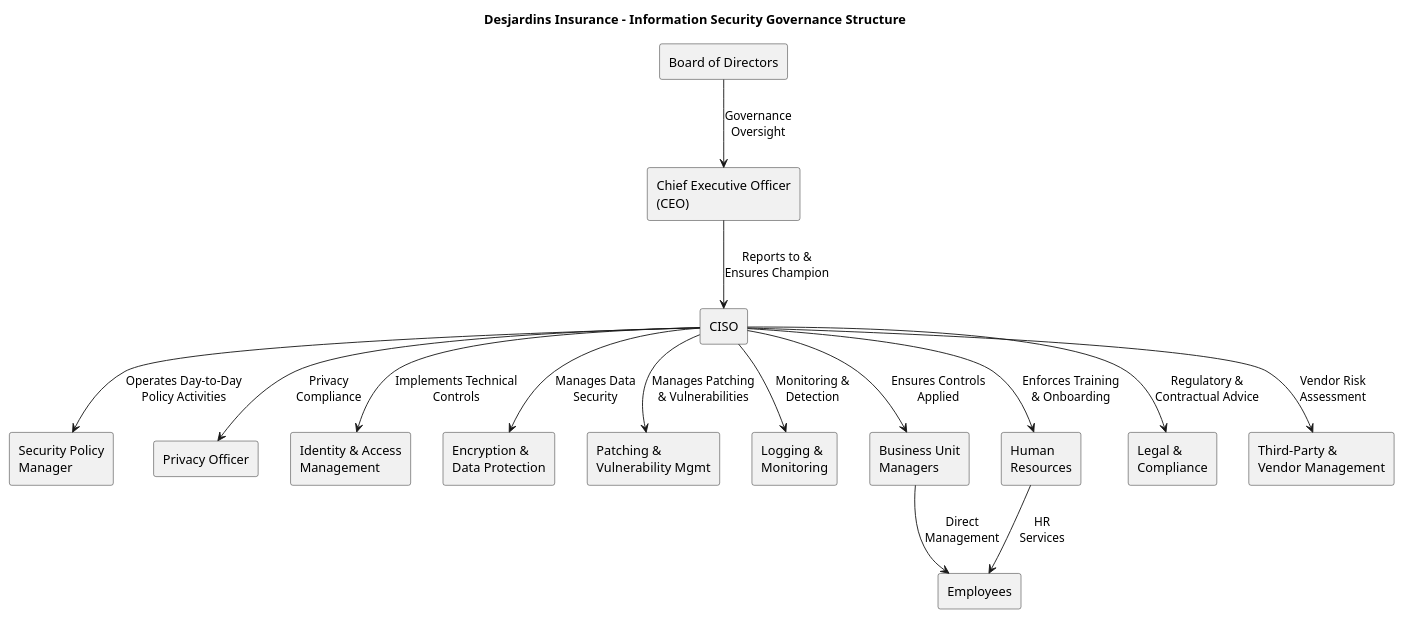
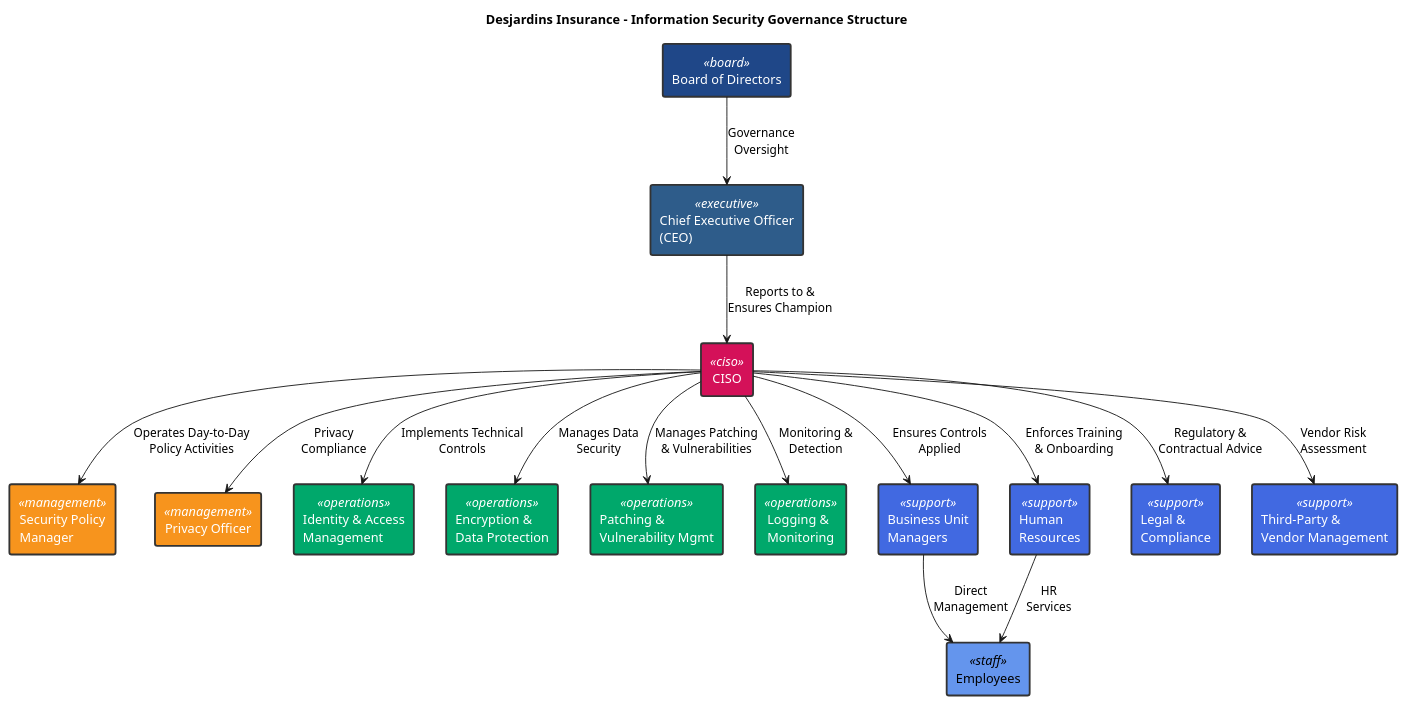
One commit to MercuryAtom31/Desjardins-Insurance-ISMS-Policy changed the diagram in docs/diagrams/governance-structure.puml. Above: the diagram before and after it, drawn with PlantUML.

Commit message:
Made the diagram more colorful.

```diff
--- a/docs/diagrams/governance-structure.puml
+++ b/docs/diagrams/governance-structure.puml
@@ -1,46 +1,66 @@
 @startuml governance-structure
+
+skinparam backgroundColor #ffffff
+skinparam rectangle {
+  BackgroundColor<<board>> #1f4788
+  BackgroundColor<<executive>> #2e5c8a
+  BackgroundColor<<ciso>> #d41159
+  BackgroundColor<<management>> #f7941d
+  BackgroundColor<<operations>> #00a86b
+  BackgroundColor<<support>> #4169e1
+  BackgroundColor<<staff>> #6495ed
+  FontColor<<board>> #ffffff
+  FontColor<<executive>> #ffffff
+  FontColor<<ciso>> #ffffff
+  FontColor<<management>> #ffffff
+  FontColor<<operations>> #ffffff
+  FontColor<<support>> #ffffff
+  FontColor<<staff>> #000000
+  BorderColor #333333
+  BorderThickness 2
+}
 
 title Desjardins Insurance - Information Security Governance Structure
 
 ' Board and Executive Level
-rectangle "Board of Directors" as BOD
-rectangle "Chief Executive Officer\n(CEO)" as CEO
+rectangle "Board of Directors" as BOD <<board>>
+rectangle "Chief Executive Officer\n(CEO)" as CEO <<executive>>
 
 ' CISO and Direct Reports
-rectangle "CISO" as CISO
-rectangle "Security Policy\nManager" as SPM
-rectangle "Privacy Officer" as PO
+rectangle "CISO" as CISO <<ciso>>
+rectangle "Security Policy\nManager" as SPM <<management>>
+rectangle "Privacy Officer" as PO <<management>>
 
 ' IT and Security Operations
-rectangle "Identity & Access\nManagement" as IAM
-rectangle "Encryption &\nData Protection" as EDP
-rectangle "Patching &\nVulnerability Mgmt" as PVM
-rectangle "Logging &\nMonitoring" as LM
+rectangle "Identity & Access\nManagement" as IAM <<operations>>
+rectangle "Encryption &\nData Protection" as EDP <<operations>>
+rectangle "Patching &\nVulnerability Mgmt" as PVM <<operations>>
+rectangle "Logging &\nMonitoring" as LM <<operations>>
 
 ' Supporting Functions
-rectangle "Business Unit\nManagers" as BUM
-rectangle "Human\nResources" as HR
-rectangle "Legal &\nCompliance" as LC
-rectangle "Third-Party &\nVendor Management" as TPM
+rectangle "Business Unit\nManagers" as BUM <<support>>
+rectangle "Human\nResources" as HR <<support>>
+rectangle "Legal &\nCompliance" as LC <<support>>
+rectangle "Third-Party &\nVendor Management" as TPM <<support>>
 
 ' Staff Level
-rectangle "Employees" as EMP
+rectangle "Employees" as EMP <<staff>>
 
 ' Reporting Lines
 BOD --> CEO : Governance\nOversight
 CEO --> CISO : Reports to &\nEnsures Champion
 CISO --> SPM : Operates Day-to-Day\nPolicy Activities
 CISO --> PO : Privacy\nCompliance
 CISO --> IAM : Implements Technical\nControls
 CISO --> EDP : Manages Data\nSecurity
 CISO --> PVM : Manages Patching\n& Vulnerabilities
 CISO --> LM : Monitoring &\nDetection
 CISO --> BUM : Ensures Controls\nApplied
 CISO --> HR : Enforces Training\n& Onboarding
 CISO --> LC : Regulatory &\nContractual Advice
 CISO --> TPM : Vendor Risk\nAssessment
 
 BUM --> EMP : Direct\nManagement
 HR --> EMP : HR\nServices
 
 @enduml
```
